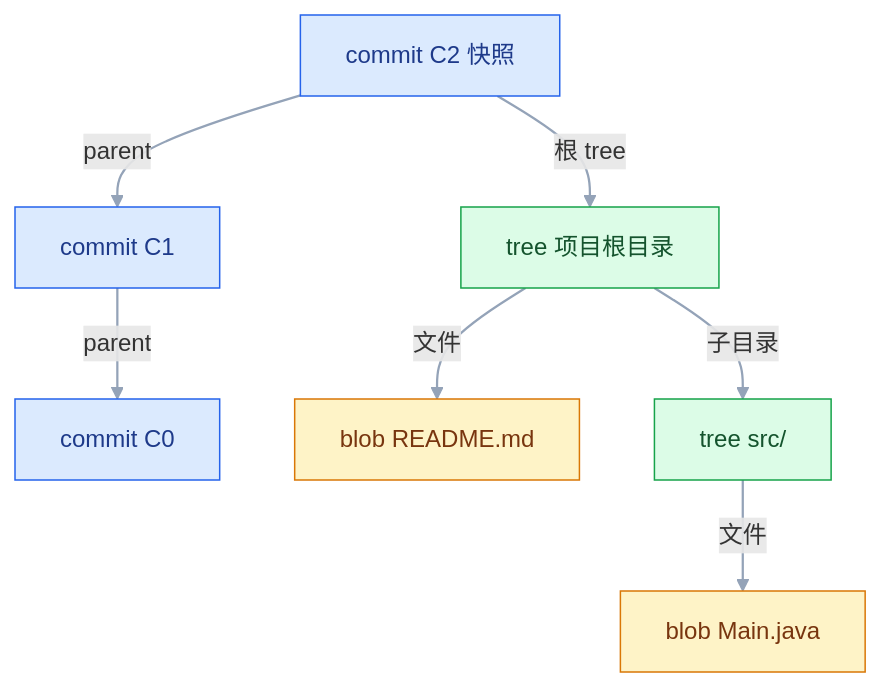
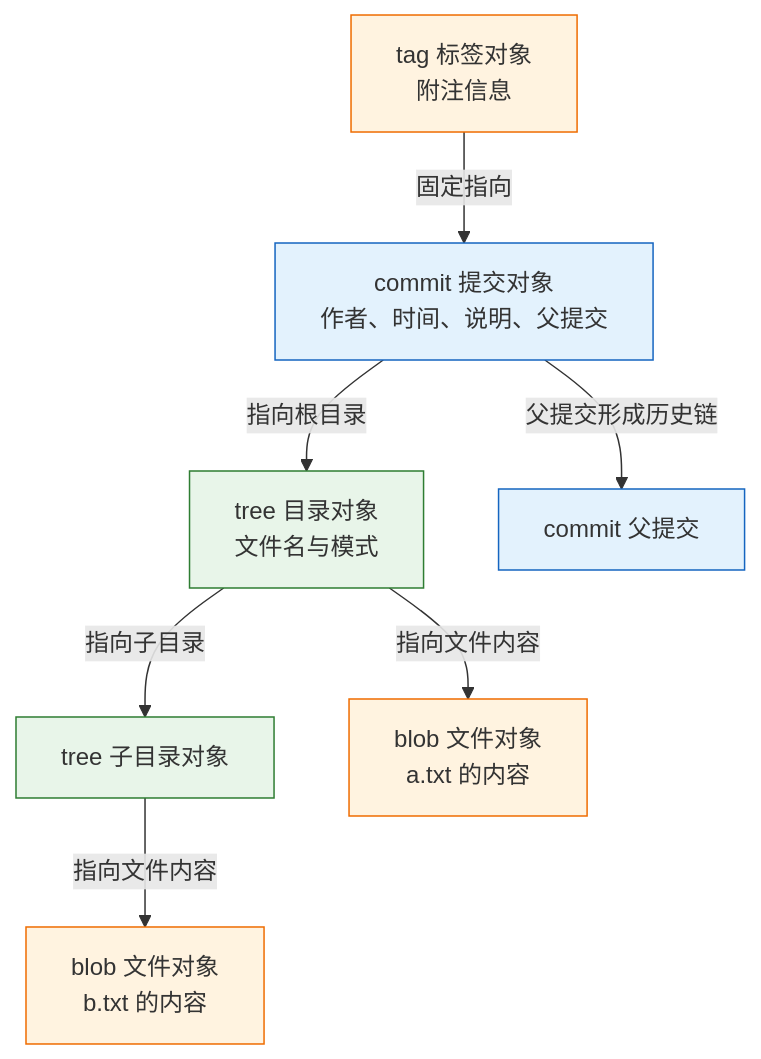
Before and after one commit to jimbosuper/studynotes: the second of 4 diagrams in blog/src/notes/07-运维/02-版本管理/01-Git版本管理.md, drawn with Mermaid. The commit also changed other lines of this file and 367 other files, not shown here.

````diff
--- a/blog/src/notes/07-运维/02-版本管理/01-Git版本管理.md
+++ b/blog/src/notes/07-运维/02-版本管理/01-Git版本管理.md
@@ -528,14 +233,15 @@
 ```mermaid
-flowchart TB
-    classDef commit fill:#DBEAFE,stroke:#2563EB,color:#1E3A8A
-    classDef tree fill:#DCFCE7,stroke:#16A34A,color:#14532D
-    classDef blob fill:#FEF3C7,stroke:#D97706,color:#78350F
-
-    C2["commit C2 快照"]:::commit -->|"parent"| C1["commit C1"]:::commit
-    C1 -->|"parent"| C0["commit C0"]:::commit
-    C2 -->|"根 tree"| T2["tree 项目根目录"]:::tree
-    T2 -->|"文件"| B1["blob README.md"]:::blob
-    T2 -->|"子目录"| T3["tree src/"]:::tree
-    T3 -->|"文件"| B2["blob Main.java"]:::blob
-    linkStyle default stroke:#94A3B8,stroke-width:1.5px
+flowchart TD
+    C["commit 提交对象<br/>作者、时间、说明、父提交"] -->|"指向根目录"| T["tree 目录对象<br/>文件名与模式"]
+    T -->|"指向子目录"| T2["tree 子目录对象"]
+    T -->|"指向文件内容"| B1["blob 文件对象<br/>a.txt 的内容"]
+    T2 -->|"指向文件内容"| B2["blob 文件对象<br/>b.txt 的内容"]
+    C -->|"父提交形成历史链"| C0["commit 父提交"]
+    TAG["tag 标签对象<br/>附注信息"] -->|"固定指向"| C
+    classDef client fill:#e3f2fd,stroke:#1565c0;
+    classDef engine fill:#e8f5e9,stroke:#2e7d32;
+    classDef image fill:#fff3e0,stroke:#ef6c00;
+    class C,C0 client
+    class T,T2 engine
+    class B1,B2,TAG image
 ```
````
